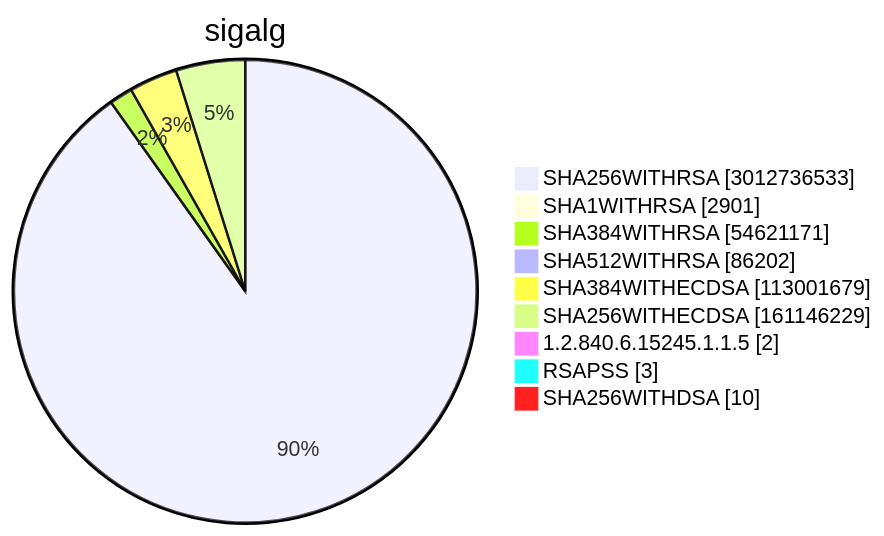
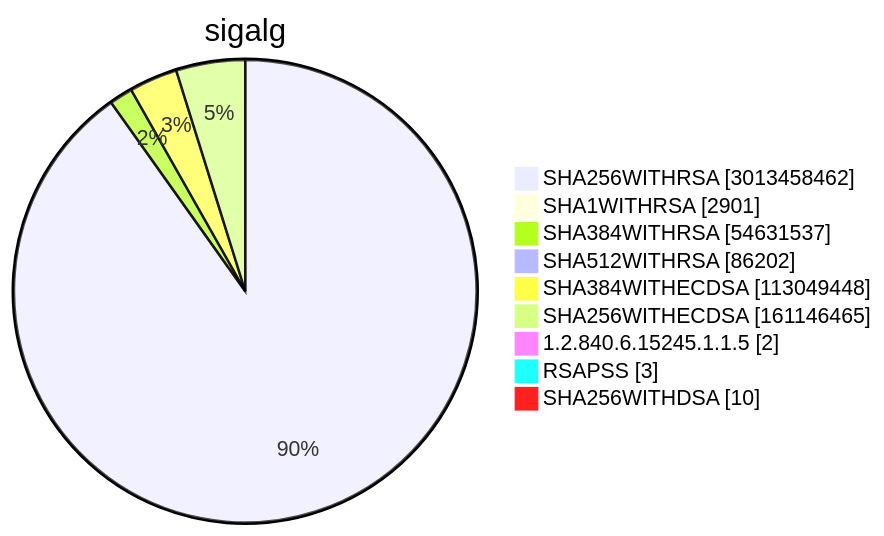
Diagram 15 of 15 in TOTAL/README.md (christiankrug/ctmonitor_visualization), drawn with Mermaid before and after one commit. The commit also changed other lines of this file, not shown here.

````diff
--- a/TOTAL/README.md
+++ b/TOTAL/README.md
@@ -6208,13 +6208,13 @@
 ```mermaid
 pie showData
 title sigalg
-"SHA256WITHRSA" :3012736533
+"SHA256WITHRSA" :3013458462
 "SHA1WITHRSA" :2901
-"SHA384WITHRSA" :54621171
+"SHA384WITHRSA" :54631537
 "SHA512WITHRSA" :86202
-"SHA384WITHECDSA" :113001679
-"SHA256WITHECDSA" :161146229
+"SHA384WITHECDSA" :113049448
+"SHA256WITHECDSA" :161146465
 "1.2.840.6.15245.1.1.5" :2
 "RSAPSS" :3
 "SHA256WITHDSA" :10
 ```
````
